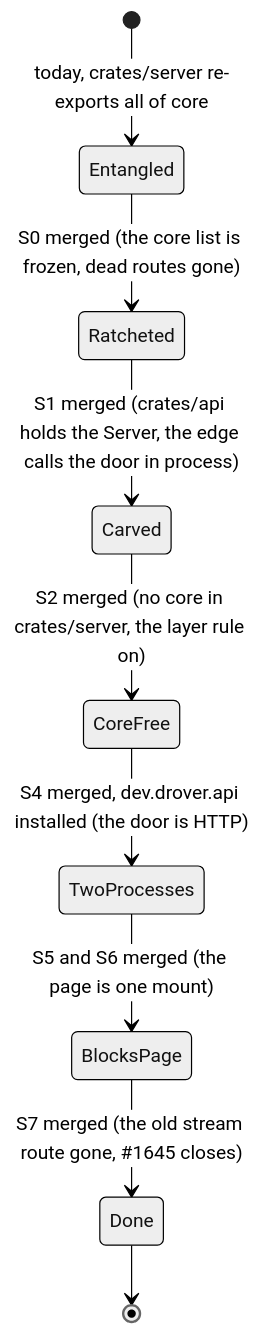
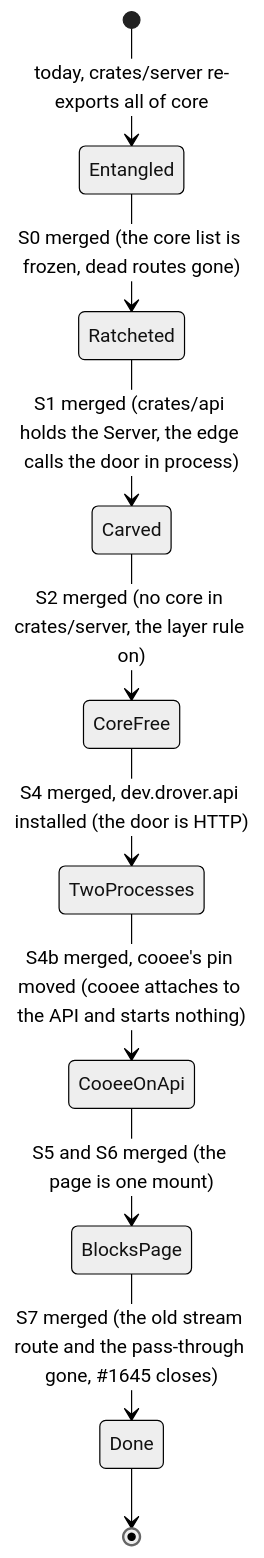
One commit to jirathip-dev/drover changed the first of 5 diagrams in docs/architecture/serve-split/boundaries.md. Above: the diagram before and after it, drawn with Mermaid (neutral theme). The commit also changed other lines of this file and 4 other files, not shown here.

Commit message:
architect: revise per q3302: /mcp is the API's behind one relay line with Drover-Key, cooee attach-only to the one API host, S4 measures the hop, #1344 moot (#1645)

````diff
--- a/docs/architecture/serve-split/boundaries.md
+++ b/docs/architecture/serve-split/boundaries.md
@@ -36,11 +40,12 @@
 ```mermaid
 stateDiagram-v2
     [*] --> Entangled: today, crates/server re-exports all of core
     Entangled --> Ratcheted: S0 merged (the core list is frozen, dead routes gone)
     Ratcheted --> Carved: S1 merged (crates/api holds the Server, the edge calls the door in process)
     Carved --> CoreFree: S2 merged (no core in crates/server, the layer rule on)
     CoreFree --> TwoProcesses: S4 merged, dev.drover.api installed (the door is HTTP)
-    TwoProcesses --> BlocksPage: S5 and S6 merged (the page is one mount)
-    BlocksPage --> Done: S7 merged (the old stream route gone, #1645 closes)
+    TwoProcesses --> CooeeOnApi: S4b merged, cooee's pin moved (cooee attaches to the API and starts nothing)
+    CooeeOnApi --> BlocksPage: S5 and S6 merged (the page is one mount)
+    BlocksPage --> Done: S7 merged (the old stream route and the pass-through gone, #1645 closes)
     Done --> [*]
 ```
````
